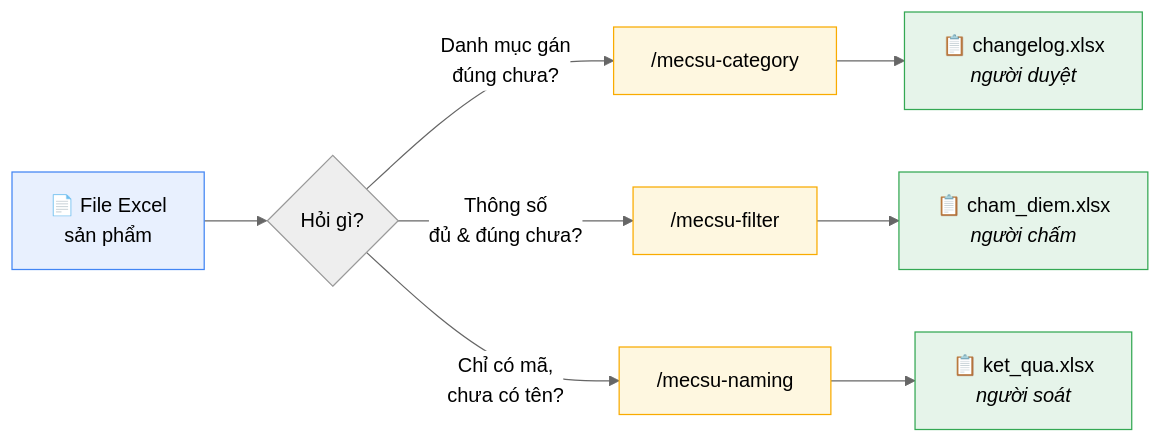
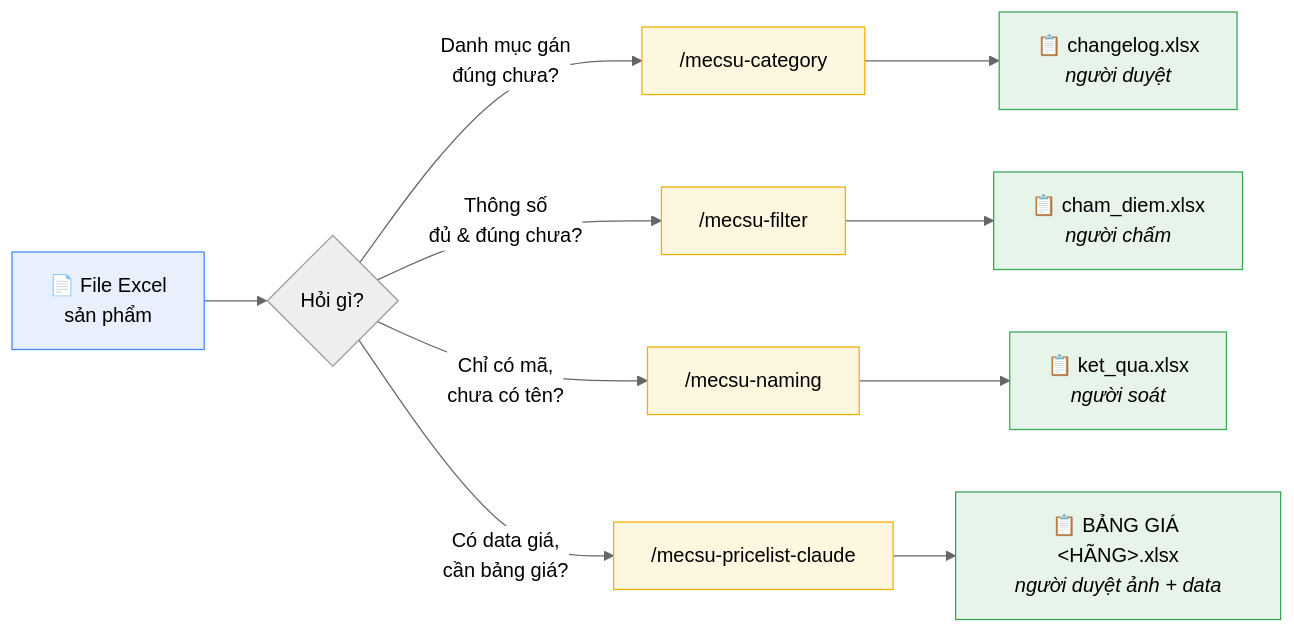
The first of 3 diagrams in README.md (nhattrung0911/mecsu-skills), drawn with Mermaid (neutral theme) before and after one commit. The commit also changed other lines of this file and 59 other files, not shown here.

````diff
--- a/README.md
+++ b/README.md
@@ -5,18 +5,22 @@
 ```mermaid
 flowchart LR
     F["📄 File Excel<br/>sản phẩm"] --> Q{Hỏi gì?}
     Q -->|"Danh mục gán<br/>đúng chưa?"| C["/mecsu-category"]
     Q -->|"Thông số<br/>đủ &amp; đúng chưa?"| T["/mecsu-filter"]
     Q -->|"Chỉ có mã,<br/>chưa có tên?"| N["/mecsu-naming"]
+    Q -->|"Có data giá,<br/>cần bảng giá?"| P["/mecsu-pricelist-claude"]
     C --> R1["📋 changelog.xlsx<br/><i>người duyệt</i>"]
     T --> R2["📋 cham_diem.xlsx<br/><i>người chấm</i>"]
     N --> R3["📋 ket_qua.xlsx<br/><i>người soát</i>"]
+    P --> R4["📋 BẢNG GIÁ &lt;HÃNG&gt;.xlsx<br/><i>người duyệt ảnh + data</i>"]
 
     style F fill:#e8f0fe,stroke:#4285f4
     style C fill:#fef7e0,stroke:#f9ab00
     style T fill:#fef7e0,stroke:#f9ab00
     style N fill:#fef7e0,stroke:#f9ab00
+    style P fill:#fef7e0,stroke:#f9ab00
     style R1 fill:#e6f4ea,stroke:#34a853
     style R2 fill:#e6f4ea,stroke:#34a853
     style R3 fill:#e6f4ea,stroke:#34a853
+    style R4 fill:#e6f4ea,stroke:#34a853
 ```
````
